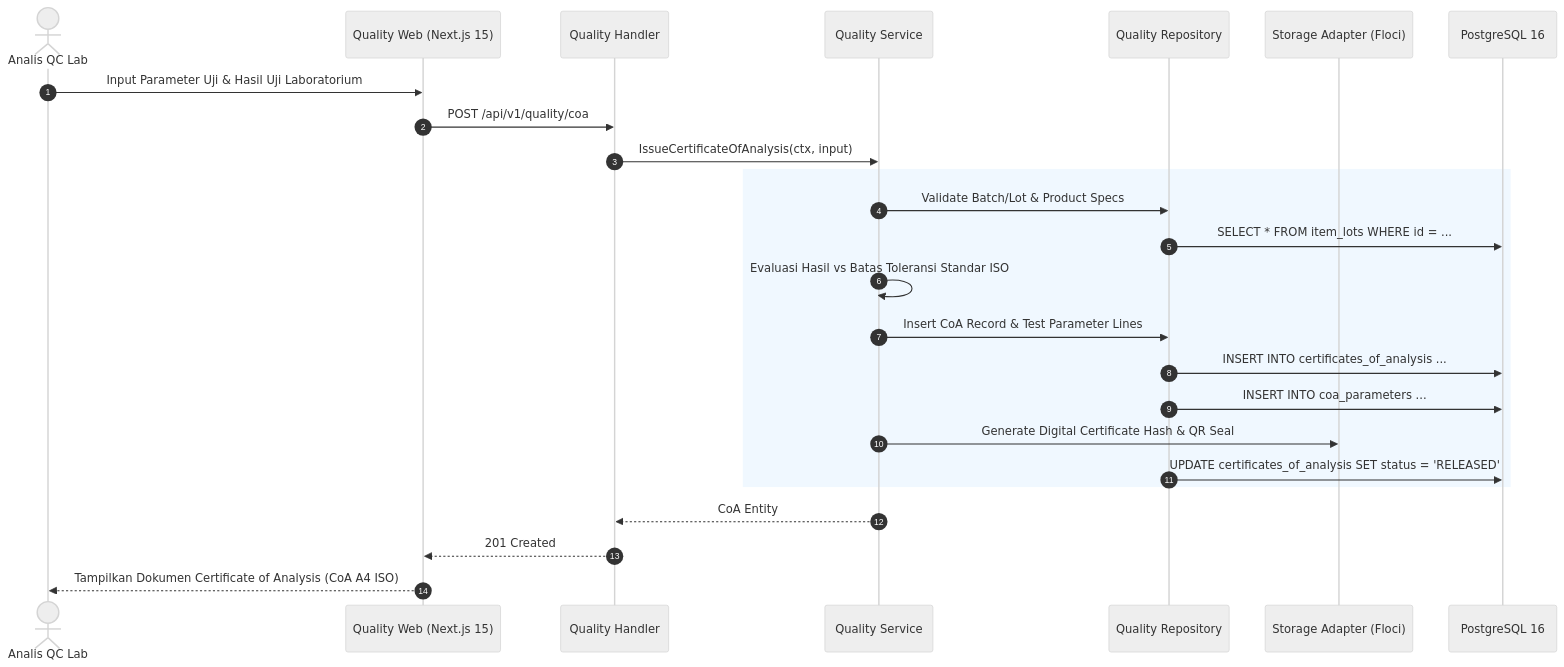
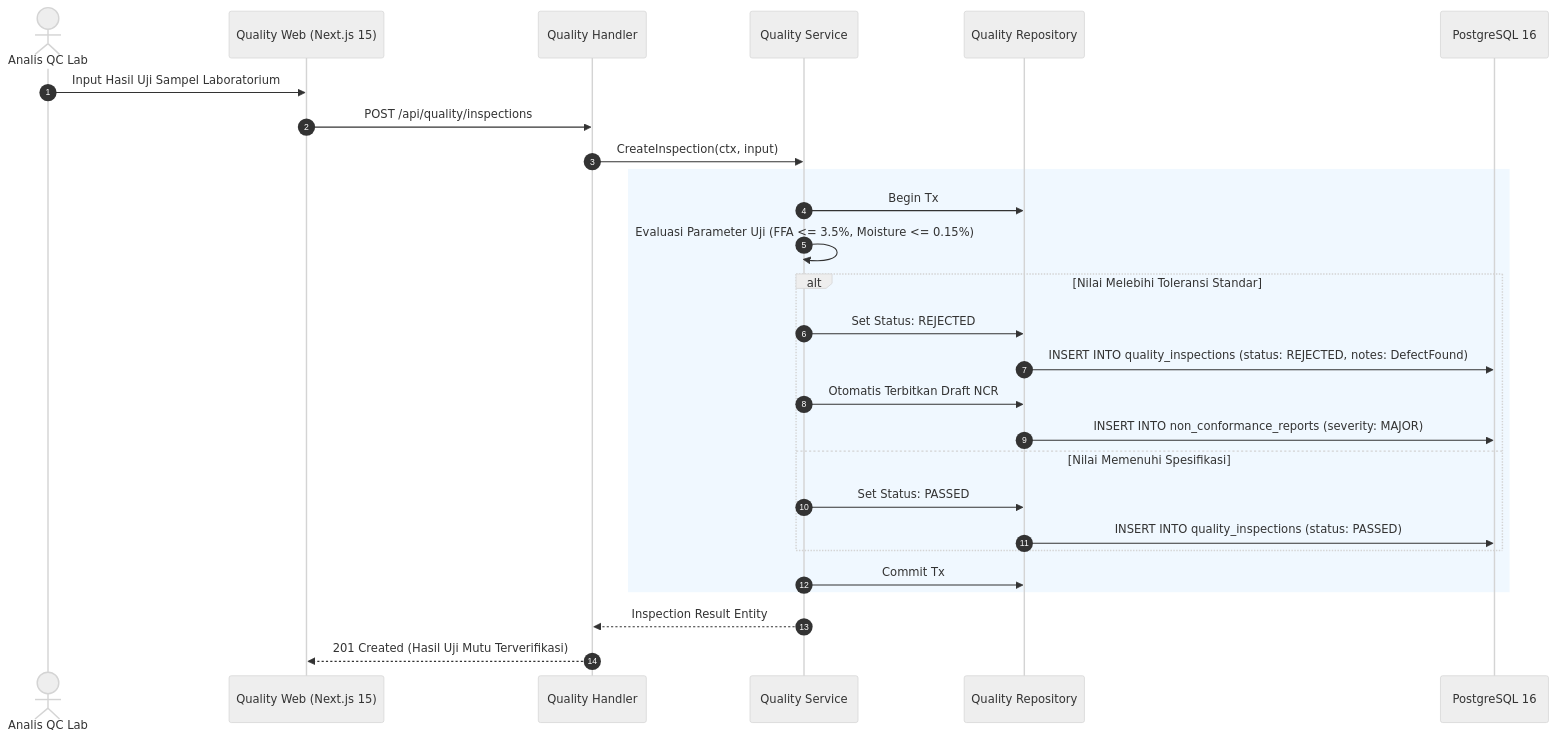
Before and after one commit to Vall-Here/mnf-erp-nextjs-golang: the third of 4 diagrams in sdd/07_quality_sdd.md, drawn with Mermaid (neutral theme). The commit also changed other lines of this file and 10 other files, not shown here.

````diff
--- a/sdd/07_quality_sdd.md
+++ b/sdd/07_quality_sdd.md
@@ -80,32 +79,34 @@
 ```mermaid
 sequenceDiagram
     autonumber
-    actor Lab as Analis QC Lab
+    actor QC as Analis QC Lab
     participant UI as Quality Web (Next.js 15)
     participant Hdl as Quality Handler
     participant Svc as Quality Service
     participant Repo as Quality Repository
-    participant S3 as Storage Adapter (Floci)
     participant DB as PostgreSQL 16
 
-    Lab->>UI: Input Parameter Uji & Hasil Uji Laboratorium
-    UI->>Hdl: POST /api/v1/quality/coa
-    Hdl->>Svc: IssueCertificateOfAnalysis(ctx, input)
+    QC->>UI: Input Hasil Uji Sampel Laboratorium
+    UI->>Hdl: POST /api/quality/inspections
+    Hdl->>Svc: CreateInspection(ctx, input)
     
     rect rgb(240, 248, 255)
-        Svc->>Repo: Validate Batch/Lot & Product Specs
-        Repo->>DB: SELECT * FROM item_lots WHERE id = ...
+        Svc->>Repo: Begin Tx
+        Svc->>Svc: Evaluasi Parameter Uji (FFA <= 3.5%, Moisture <= 0.15%)
         
-        Svc->>Svc: Evaluasi Hasil vs Batas Toleransi Standar ISO
-        Svc->>Repo: Insert CoA Record & Test Parameter Lines
-        Repo->>DB: INSERT INTO certificates_of_analysis ...
-        Repo->>DB: INSERT INTO coa_parameters ...
+        alt Nilai Melebihi Toleransi Standar
+            Svc->>Repo: Set Status: REJECTED
+            Repo->>DB: INSERT INTO quality_inspections (status: REJECTED, notes: DefectFound)
+            Svc->>Repo: Otomatis Terbitkan Draft NCR
+            Repo->>DB: INSERT INTO non_conformance_reports (severity: MAJOR)
+        else Nilai Memenuhi Spesifikasi
+            Svc->>Repo: Set Status: PASSED
+            Repo->>DB: INSERT INTO quality_inspections (status: PASSED)
+        end
         
-        Svc->>S3: Generate Digital Certificate Hash & QR Seal
-        Repo->>DB: UPDATE certificates_of_analysis SET status = 'RELEASED'
+        Svc->>Repo: Commit Tx
     end
 
-    Svc-->>Hdl: CoA Entity
-    Hdl-->>UI: 201 Created
-    UI-->>Lab: Tampilkan Dokumen Certificate of Analysis (CoA A4 ISO)
+    Svc-->>Hdl: Inspection Result Entity
+    Hdl-->>UI: 201 Created (Hasil Uji Mutu Terverifikasi)
 ```
````
